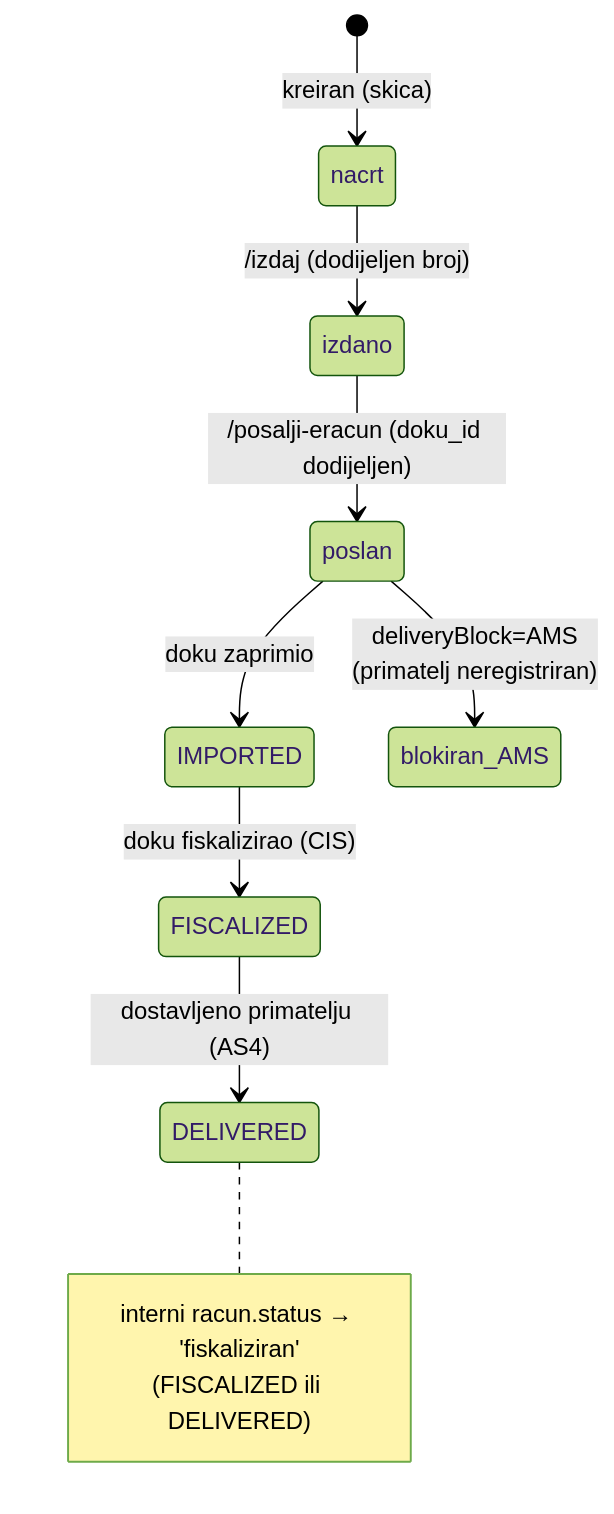
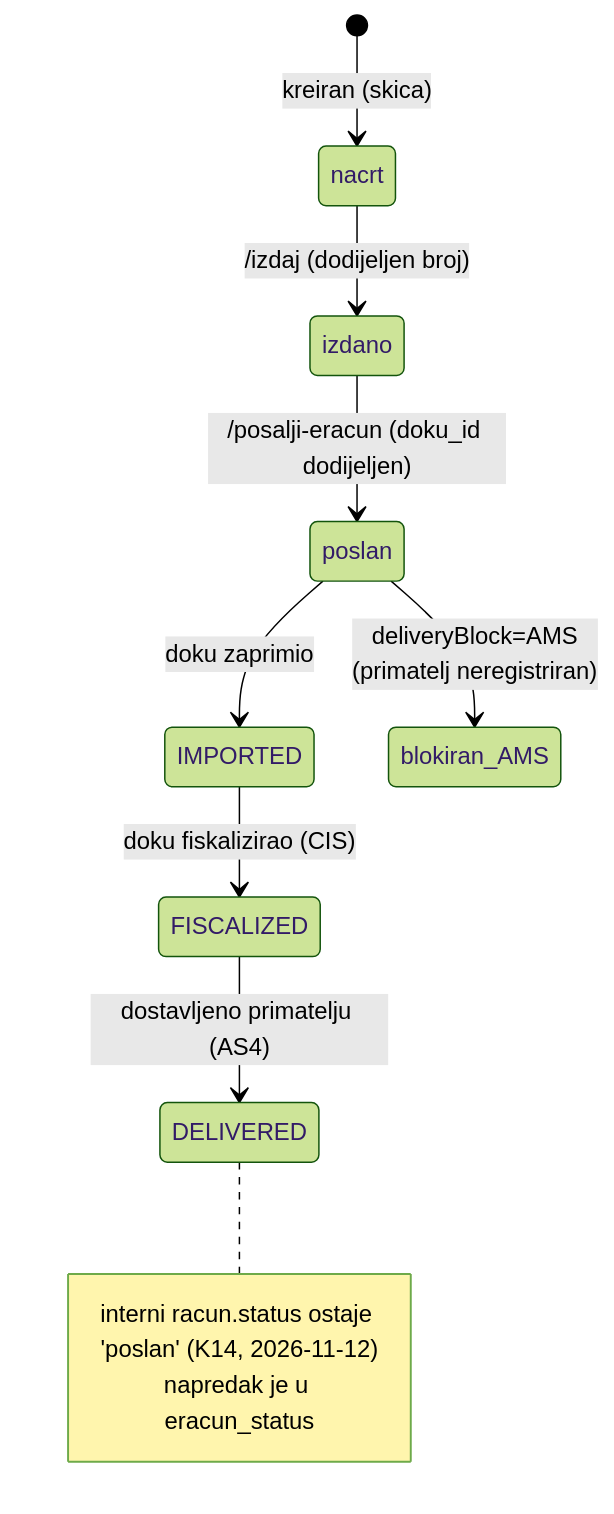
Before and after one commit to domovinatv/domovina-fiskal: the third of 4 diagrams in docs/handoff/eracun-doku-integracija.md, drawn with Mermaid (forest theme). The commit also changed other lines of this file and 5 other files, not shown here.

First line of the commit message:
fix(k14): eRačun ostaje 'poslan', 'fiskaliziran' znači samo B2C s JIR-om

````diff
--- a/docs/handoff/eracun-doku-integracija.md
+++ b/docs/handoff/eracun-doku-integracija.md
@@ -100,14 +100,14 @@
 ```mermaid
 stateDiagram-v2
   [*] --> nacrt: kreiran (skica)
   nacrt --> izdano: /izdaj (dodijeljen broj)
   izdano --> poslan: /posalji-eracun (doku_id dodijeljen)
   poslan --> IMPORTED: doku zaprimio
   IMPORTED --> FISCALIZED: doku fiskalizirao (CIS)
   FISCALIZED --> DELIVERED: dostavljeno primatelju (AS4)
   poslan --> blokiran_AMS: deliveryBlock=AMS<br/>(primatelj neregistriran)
   note right of DELIVERED
-    interni racun.status → 'fiskaliziran'
-    (FISCALIZED ili DELIVERED)
+    interni racun.status ostaje 'poslan' (K14, 2026-11-12)
+    napredak je u eracun_status
   end note
 ```
````
